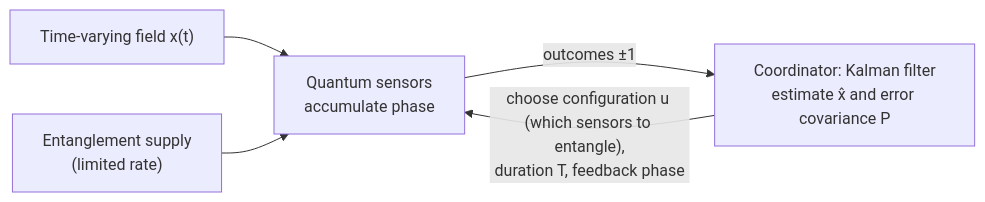
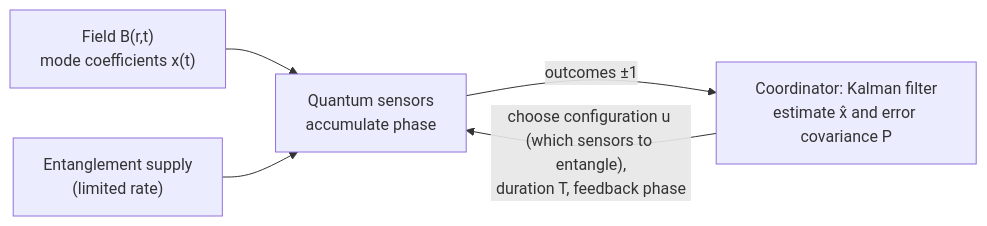
One commit to VacuumFreezer/entangled-sensor-kalman changed the diagram in problem_formulation_en.md. Above: the diagram before and after it, drawn with Mermaid. The commit also changed other lines of this file and 1 other file, not shown here.

First line of the commit message:
Formulation: define targets as spatial modes of a position-dependent field

````diff
--- a/problem_formulation_en.md
+++ b/problem_formulation_en.md
@@ -178,7 +209,7 @@
 ```mermaid
 flowchart LR
-  F["Time-varying field x(t)"] --> S["Quantum sensors<br/>accumulate phase"]
+  F["Field B(r,t)<br/>mode coefficients x(t)"] --> S["Quantum sensors<br/>accumulate phase"]
   E["Entanglement supply<br/>(limited rate)"] --> S
   S -- "outcomes ±1" --> KF["Coordinator: Kalman filter<br/>estimate x̂ and error covariance P"]
   KF -- "choose configuration u (which sensors to entangle),<br/>duration T, feedback phase" --> S
 ```
````
